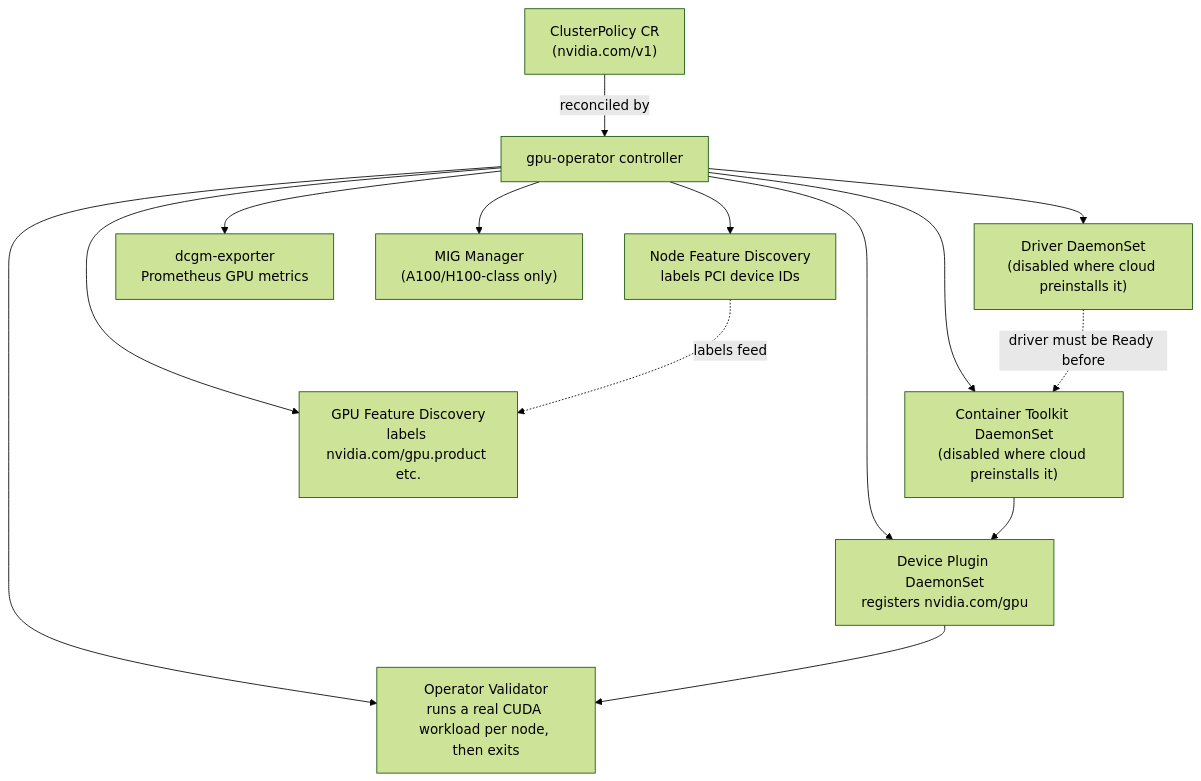
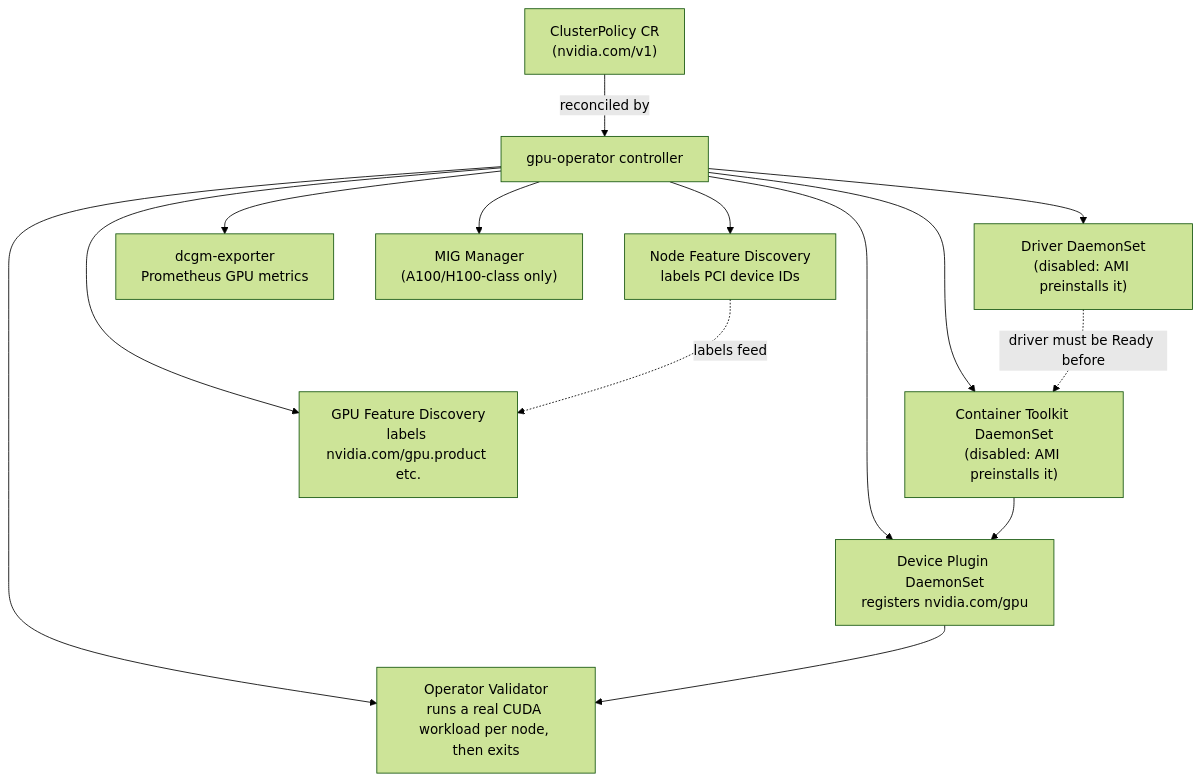
One commit to GitOpsHub/kubernetes-ai-infrastructure changed the diagram in 02-nvidia-gpu-operator/README.md. Above: the diagram before and after it, drawn with Mermaid (forest theme). The commit also changed other lines of this file and 25 other files, not shown here.

````diff
--- a/02-nvidia-gpu-operator/README.md
+++ b/02-nvidia-gpu-operator/README.md
@@ -54,14 +54,14 @@
 ```mermaid
 flowchart TD
   CP["ClusterPolicy CR<br/>(nvidia.com/v1)"] -->|reconciled by| OP[gpu-operator controller]
   OP --> NFD[Node Feature Discovery<br/>labels PCI device IDs]
-  OP --> DRV["Driver DaemonSet<br/>(disabled where cloud preinstalls it)"]
-  OP --> TK["Container Toolkit DaemonSet<br/>(disabled where cloud preinstalls it)"]
+  OP --> DRV["Driver DaemonSet<br/>(disabled: AMI preinstalls it)"]
+  OP --> TK["Container Toolkit DaemonSet<br/>(disabled: AMI preinstalls it)"]
   OP --> DP["Device Plugin DaemonSet<br/>registers nvidia.com/gpu"]
   OP --> GFD["GPU Feature Discovery<br/>labels nvidia.com/gpu.product etc."]
   OP --> DCGME["dcgm-exporter<br/>Prometheus GPU metrics"]
   OP --> MIG["MIG Manager<br/>(A100/H100-class only)"]
   OP --> VAL["Operator Validator<br/>runs a real CUDA workload per node, then exits"]
   NFD -. labels feed .-> GFD
   DRV -. driver must be Ready before .-> TK --> DP --> VAL
 ```
````
